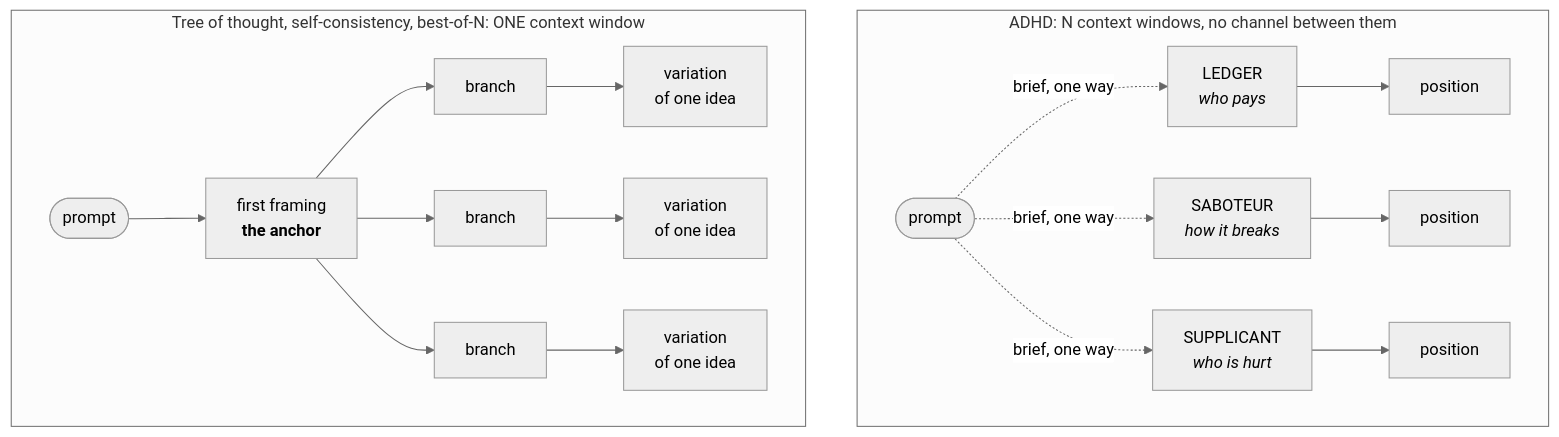
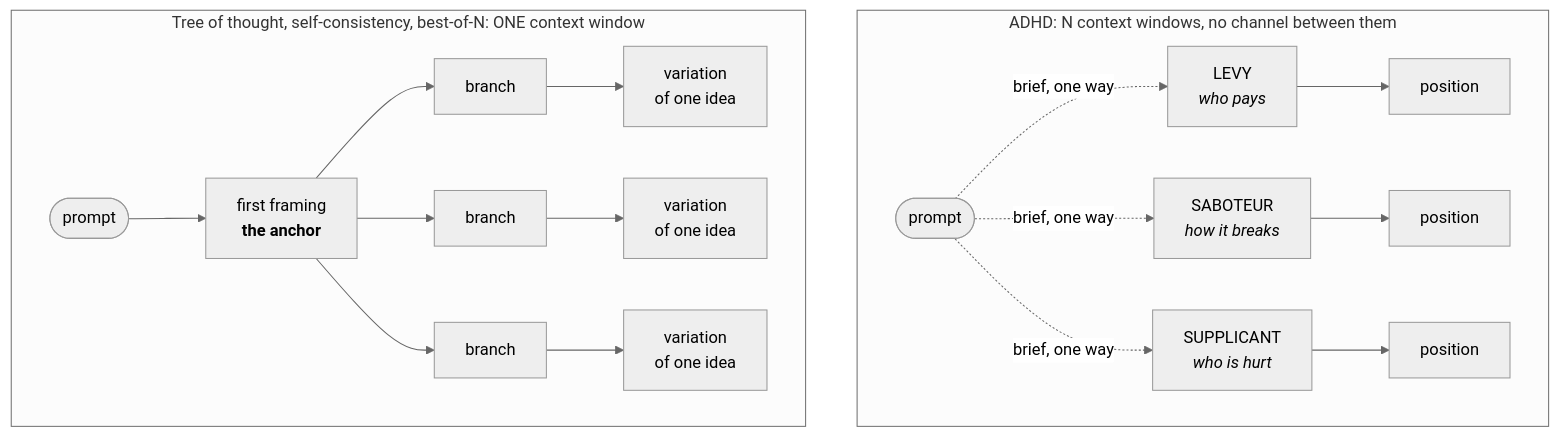
One commit to drewc611/Ai-adhd changed the diagram in README.md. Above: the diagram before and after it, drawn with Mermaid (neutral theme). The commit also changed other lines of this file and 74 other files, not shown here.

````diff
--- a/README.md
+++ b/README.md
@@ -36,17 +36,17 @@
 ```mermaid
 flowchart LR
   subgraph tot["Tree of thought, self-consistency, best-of-N: ONE context window"]
     direction LR
     P1(["prompt"]) --> S1["first framing<br/><b>the anchor</b>"]
     S1 --> B1["branch"] --> R1["variation<br/>of one idea"]
     S1 --> B2["branch"] --> R2["variation<br/>of one idea"]
     S1 --> B3["branch"] --> R3["variation<br/>of one idea"]
   end
   subgraph adhd["ADHD: N context windows, no channel between them"]
     direction LR
-    P2(["prompt"]) -.->|"brief, one way"| C1["LEDGER<br/><i>who pays</i>"] --> O1["position"]
+    P2(["prompt"]) -.->|"brief, one way"| C1["LEVY<br/><i>who pays</i>"] --> O1["position"]
     P2 -.->|"brief, one way"| C2["SABOTEUR<br/><i>how it breaks</i>"] --> O2["position"]
     P2 -.->|"brief, one way"| C3["SUPPLICANT<br/><i>who is hurt</i>"] --> O3["position"]
   end
   R2 ~~~ P2
 ```
````
